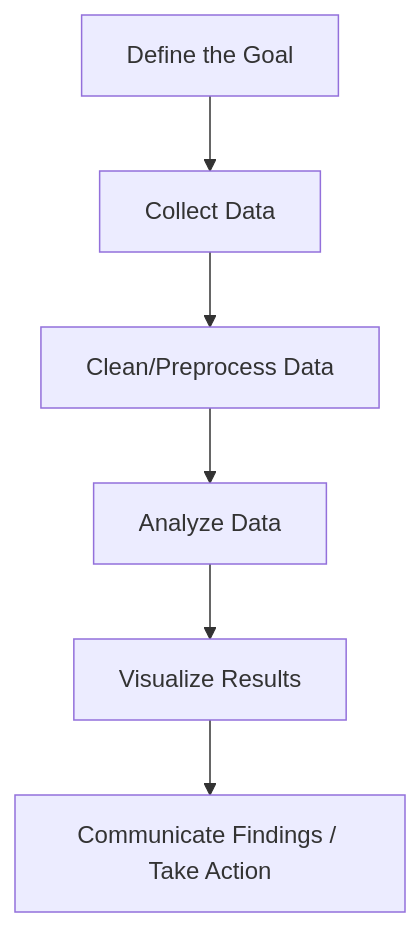
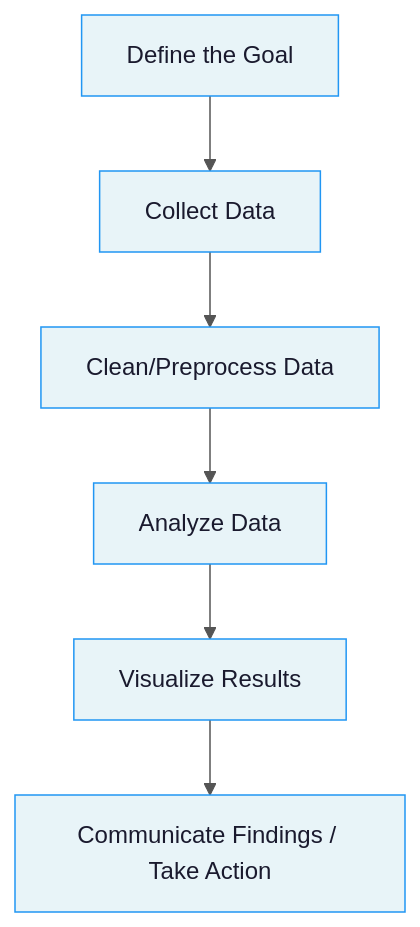
The third of 5 diagrams in notes/data_analysis/Chapter1_Introduction_to_DAV.md (DeepLumiere/DeepSkills), drawn with Mermaid before and after one commit. The commit also changed other lines of this file and 40 other files, not shown here.

````diff
--- a/notes/data_analysis/Chapter1_Introduction_to_DAV.md
+++ b/notes/data_analysis/Chapter1_Introduction_to_DAV.md
@@ -215,8 +436,17 @@
 ```mermaid
+
+%%{init: {'theme': 'base', 'themeVariables': {'primaryColor': '#e8f4f8', 'primaryBorderColor': '#2196F3', 'primaryTextColor': '#1a1a2e', 'lineColor': '#555', 'edgeLabelBackground': '#ffffff', 'clusterBkg': '#f0f7ff', 'clusterBorder': '#90caf9'}} }%%
+
 flowchart TD
+
     A[Define the Goal] --> B[Collect Data]
-    B --> C[Clean/Preprocess Data]
+
+    B --> C["Clean/Preprocess Data"]
+
     C --> D[Analyze Data]
+
     D --> E[Visualize Results]
-    E --> F[Communicate Findings / Take Action]
+
+    E --> F["Communicate Findings / Take Action"]
+
 ```
````
